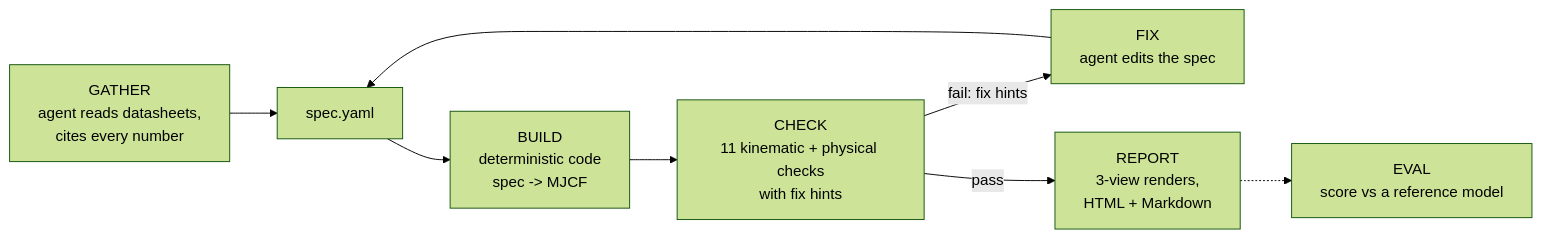
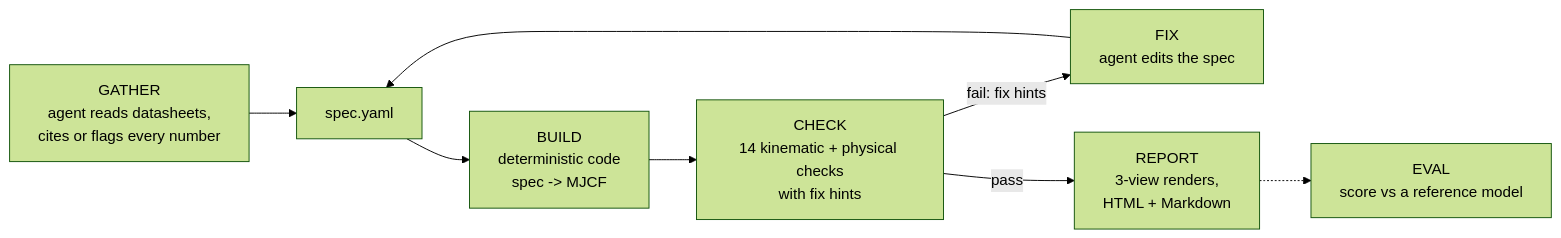
The diagram in README.md (c-cheng10/sim-anything), drawn with Mermaid (forest theme) before and after one commit. The commit also changed other lines of this file, not shown here.

Commit message:
Describe the fourteen checks and soften overclaims in the README

````diff
--- a/README.md
+++ b/README.md
@@ -16,10 +20,10 @@
 ```mermaid
 flowchart LR
-    A["GATHER<br/>agent reads datasheets,<br/>cites every number"] --> S[spec.yaml]
+    A["GATHER<br/>agent reads datasheets,<br/>cites or flags every number"] --> S[spec.yaml]
     S --> B["BUILD<br/>deterministic code<br/>spec -> MJCF"]
-    B --> C["CHECK<br/>11 kinematic + physical checks<br/>with fix hints"]
+    B --> C["CHECK<br/>14 kinematic + physical checks<br/>with fix hints"]
     C -- "fail: fix hints" --> F["FIX<br/>agent edits the spec"]
     F --> S
     C -- pass --> R["REPORT<br/>3-view renders,<br/>HTML + Markdown"]
     R -.-> E["EVAL<br/>score vs a reference model"]
 ```
````
